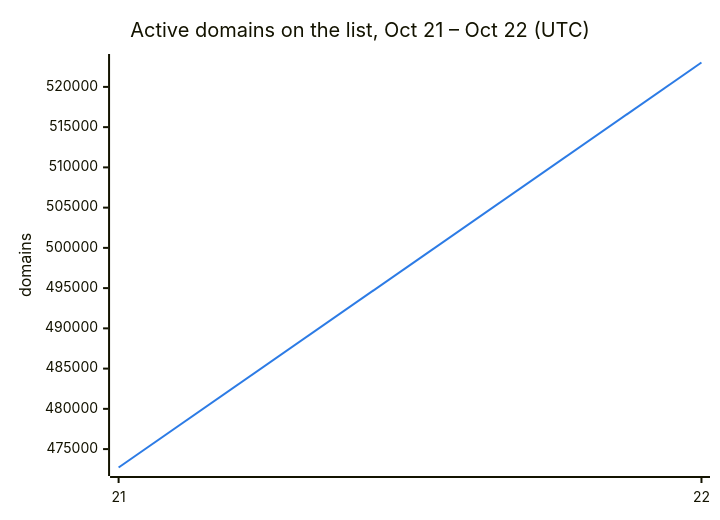
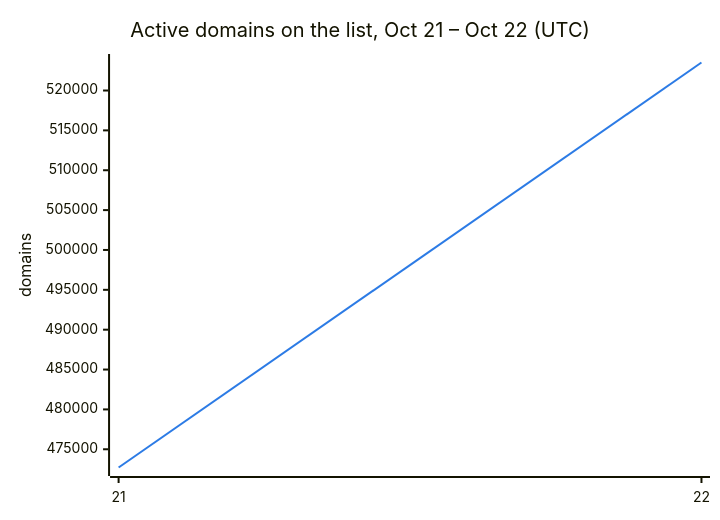
Before and after one commit to DNSBunker/CTI: the second of 3 diagrams in README.md, drawn with Mermaid. The commit also changed other lines of this file and 3 other files, not shown here.

````diff
--- a/README.md
+++ b/README.md
@@ -38,8 +38,8 @@
 ```mermaid
 %%{init: {"themeVariables": {"xyChart": {"plotColorPalette": "#2c7be5"}}}}%%
 xychart-beta
     title "Active domains on the list, Oct 21 – Oct 22 (UTC)"
     x-axis ["21", "22"]
     y-axis "domains"
-    line [472713, 523031]
+    line [472713, 523514]
 ```
````
